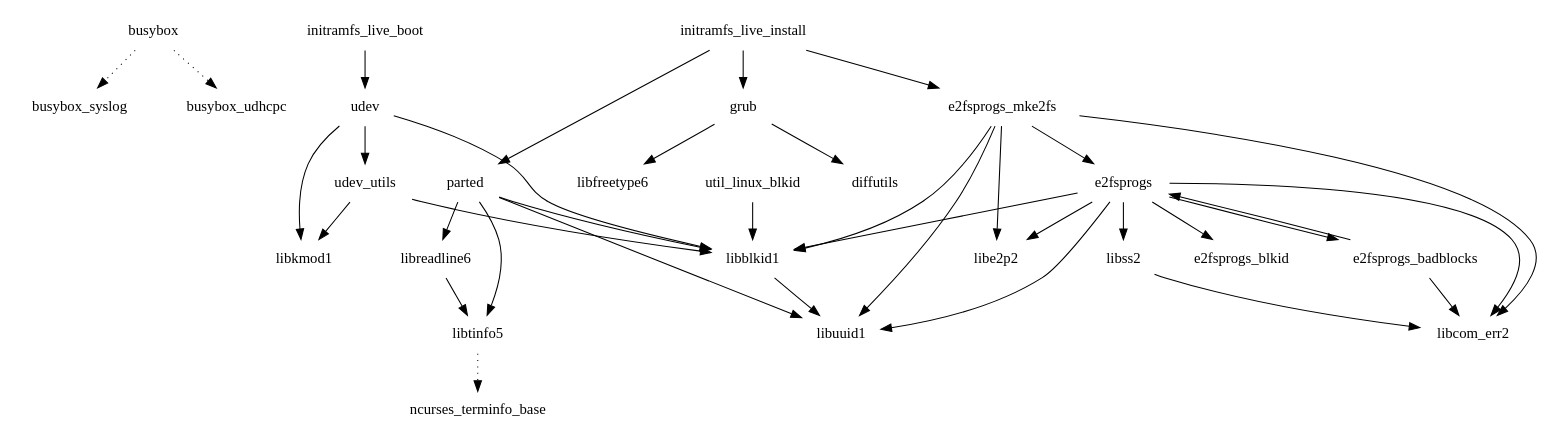
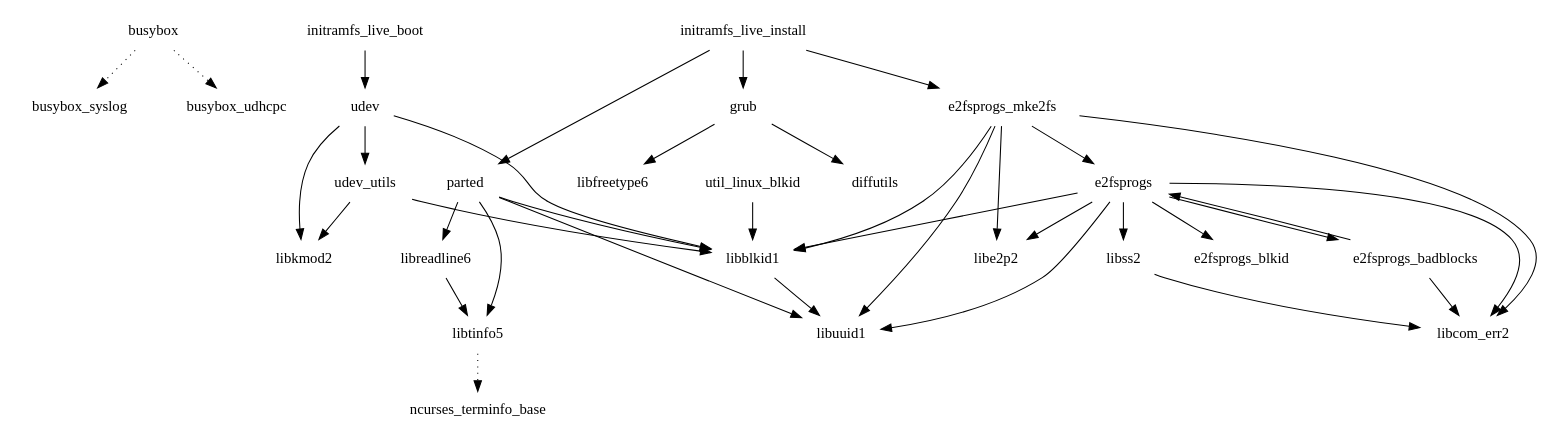
One commit to Angstrom-distribution/buildhistory changed the diagram in images/fri2_noemgd/eglibc/core-image-minimal-initramfs/depends-nokernel-nolibc-noupdate-nomodules.dot. Above: the diagram before and after it, drawn with Graphviz. The commit also changed 341 other files, not shown here.

```diff
--- a/images/fri2_noemgd/eglibc/core-image-minimal-initramfs/depends-nokernel-nolibc-noupdate-nomodules.dot
+++ b/images/fri2_noemgd/eglibc/core-image-minimal-initramfs/depends-nokernel-nolibc-noupdate-nomodules.dot
@@ -1,39 +1,39 @@
 digraph depends {
     node [shape=plaintext]
 busybox -> busybox_syslog [style=dotted];
 busybox -> busybox_udhcpc [style=dotted];
 e2fsprogs -> libss2;
 e2fsprogs -> libcom_err2;
 e2fsprogs -> libe2p2;
 e2fsprogs -> e2fsprogs_blkid;
 e2fsprogs -> e2fsprogs_badblocks;
 e2fsprogs -> libblkid1;
 e2fsprogs -> libuuid1;
 e2fsprogs_badblocks -> e2fsprogs;
 e2fsprogs_badblocks -> libcom_err2;
 e2fsprogs_mke2fs -> libcom_err2;
 e2fsprogs_mke2fs -> libe2p2;
 e2fsprogs_mke2fs -> e2fsprogs;
 e2fsprogs_mke2fs -> libblkid1;
 e2fsprogs_mke2fs -> libuuid1;
 grub -> diffutils;
 grub -> libfreetype6;
 initramfs_live_boot -> udev;
 initramfs_live_install -> parted;
 initramfs_live_install -> e2fsprogs_mke2fs;
 initramfs_live_install -> grub;
 libblkid1 -> libuuid1;
 libreadline6 -> libtinfo5;
 libss2 -> libcom_err2;
 libtinfo5 -> ncurses_terminfo_base [style=dotted];
 parted -> libreadline6;
 parted -> libtinfo5;
 parted -> libblkid1;
 parted -> libuuid1;
-udev -> libkmod1;
+udev -> libkmod2;
 udev -> libblkid1;
 udev -> udev_utils;
-udev_utils -> libkmod1;
+udev_utils -> libkmod2;
 udev_utils -> libblkid1;
 util_linux_blkid -> libblkid1;
 }
```
